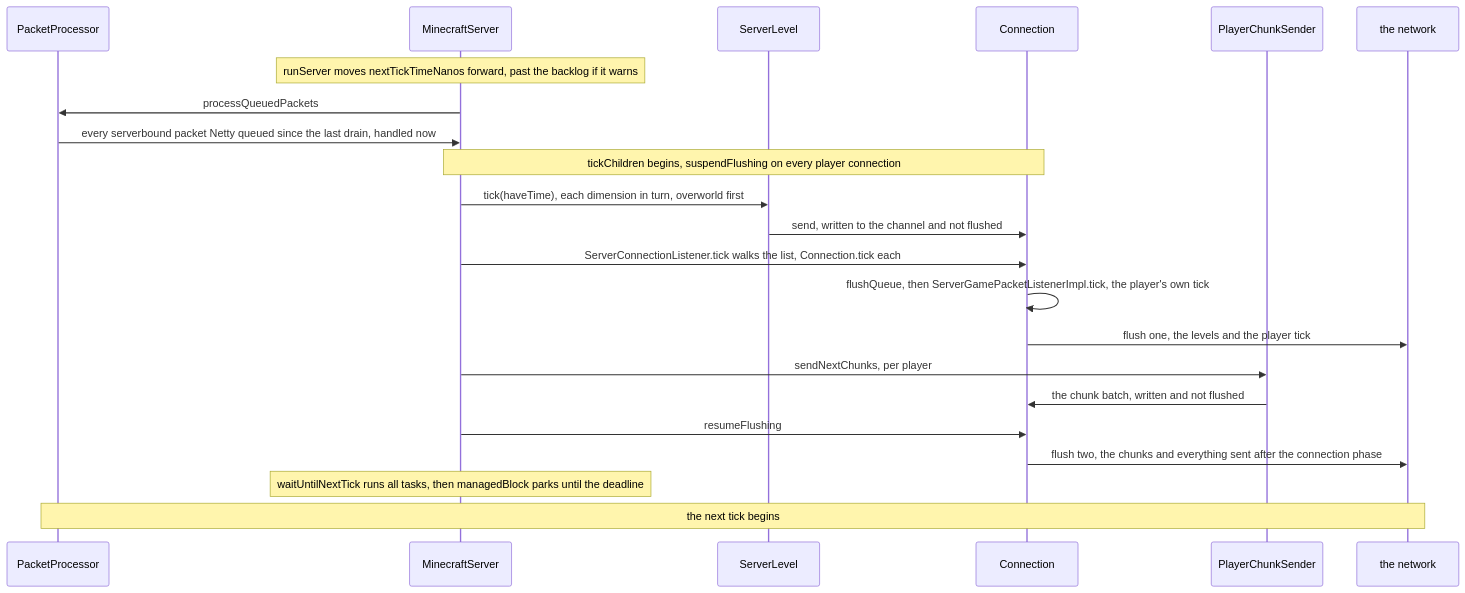
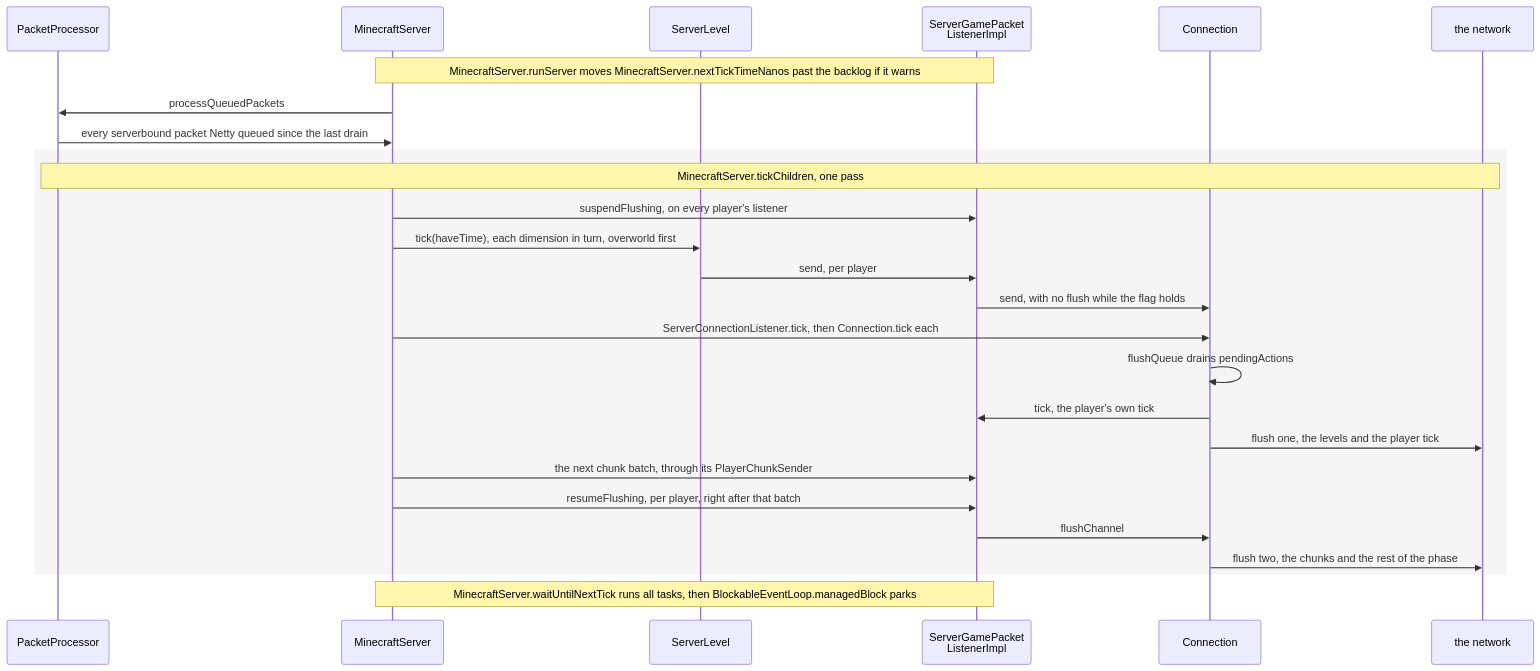
The first of 3 diagrams in src/systems/server/server-tick.md (AlexanderjFraser/MinecraftDocs), drawn with Mermaid before and after one commit. The commit also changed other lines of this file and 12 other files, not shown here.

````diff
--- a/src/systems/server/server-tick.md
+++ b/src/systems/server/server-tick.md
@@ -37,25 +37,29 @@
 ```mermaid
 sequenceDiagram
     participant PP as PacketProcessor
     participant MS as MinecraftServer
     participant SL as ServerLevel
+    participant SGPL as ServerGamePacket<br/>ListenerImpl
     participant Conn as Connection
-    participant PCS as PlayerChunkSender
     participant Wire as the network
 
-    Note over MS: runServer moves nextTickTimeNanos forward, past the backlog if it warns
+    Note over MS,SGPL: MinecraftServer.runServer moves MinecraftServer.nextTickTimeNanos past the backlog if it warns
     MS->>PP: processQueuedPackets
-    PP->>MS: every serverbound packet Netty queued since the last drain, handled now
-    Note over MS,Conn: tickChildren begins, suspendFlushing on every player connection
-    MS->>SL: tick(haveTime), each dimension in turn, overworld first
-    SL->>Conn: send, written to the channel and not flushed
-    MS->>Conn: ServerConnectionListener.tick walks the list, Connection.tick each
-    Conn->>Conn: flushQueue, then ServerGamePacketListenerImpl.tick, the player's own tick
-    Conn->>Wire: flush one, the levels and the player tick
-    MS->>PCS: sendNextChunks, per player
-    PCS->>Conn: the chunk batch, written and not flushed
-    MS->>Conn: resumeFlushing
-    Conn->>Wire: flush two, the chunks and everything sent after the connection phase
-    Note over MS: waitUntilNextTick runs all tasks, then managedBlock parks until the deadline
-    Note over PP,Wire: the next tick begins
+    PP->>MS: every serverbound packet Netty queued since the last drain
+    rect rgba(0, 0, 0, 0.04)
+        Note over PP,Wire: MinecraftServer.tickChildren, one pass
+        MS->>SGPL: suspendFlushing, on every player's listener
+        MS->>SL: tick(haveTime), each dimension in turn, overworld first
+        SL->>SGPL: send, per player
+        SGPL->>Conn: send, with no flush while the flag holds
+        MS->>Conn: ServerConnectionListener.tick, then Connection.tick each
+        Conn->>Conn: flushQueue drains pendingActions
+        Conn->>SGPL: tick, the player's own tick
+        Conn->>Wire: flush one, the levels and the player tick
+        MS->>SGPL: the next chunk batch, through its PlayerChunkSender
+        MS->>SGPL: resumeFlushing, per player, right after that batch
+        SGPL->>Conn: flushChannel
+        Conn->>Wire: flush two, the chunks and the rest of the phase
+    end
+    Note over MS,SGPL: MinecraftServer.waitUntilNextTick runs all tasks, then BlockableEventLoop.managedBlock parks
 ```
````
